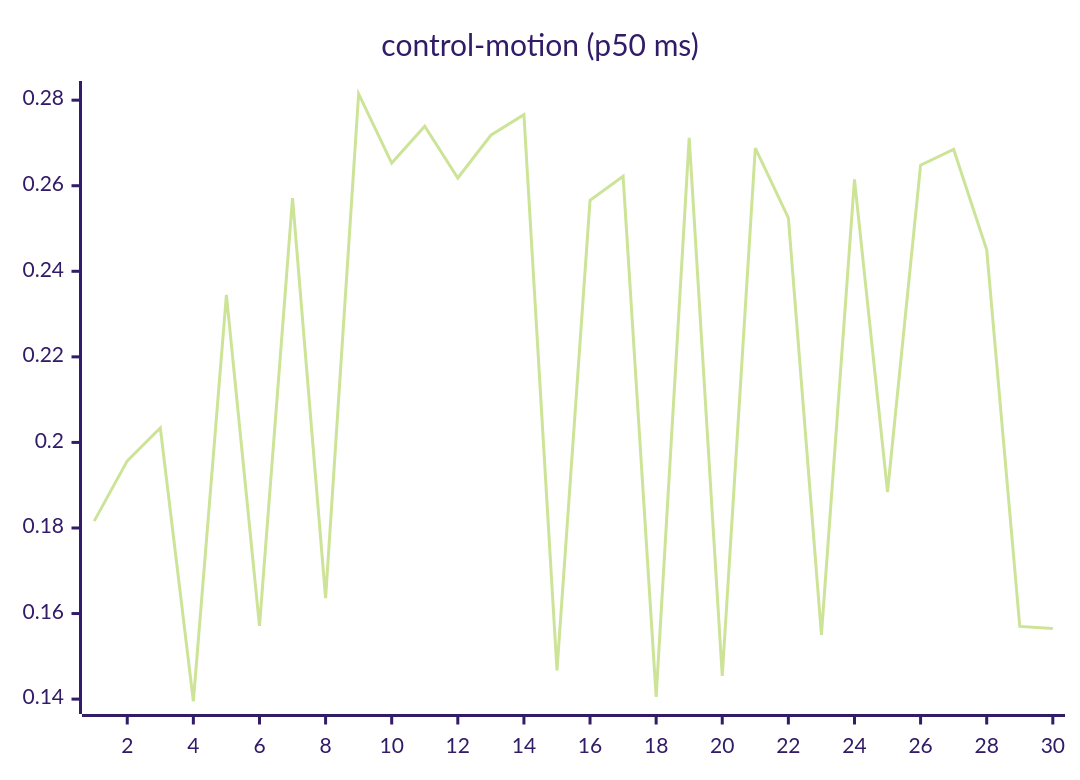
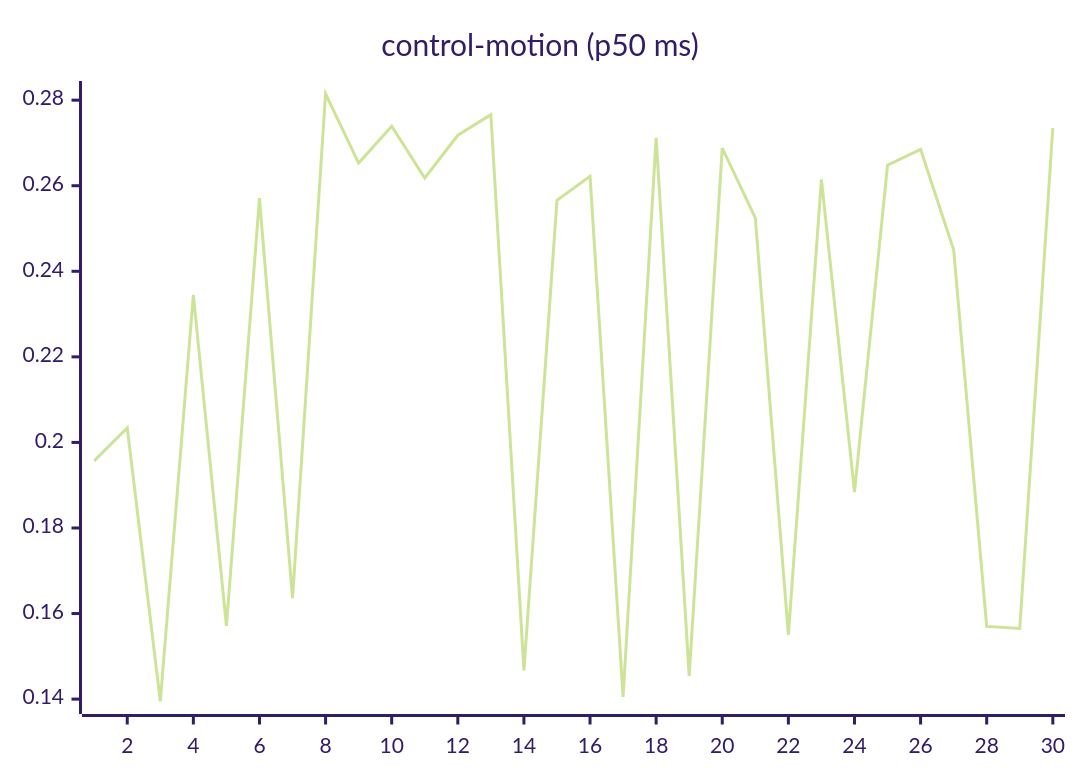
Before and after one commit to josha/Facet: the seventh of 27 diagrams in README.md, drawn with Mermaid (forest theme). The commit also changed other lines of this file and 2 other files, not shown here.

````diff
--- a/README.md
+++ b/README.md
@@ -105,6 +105,6 @@
 ```mermaid
 xychart-beta
     title "control-motion (p50 ms)"
     x-axis 1 --> 30
-    line [0.1816, 0.1957, 0.2034, 0.1395, 0.2345, 0.1571, 0.2571, 0.1636, 0.2815, 0.2653, 0.2739, 0.2618, 0.2718, 0.2766, 0.1467, 0.2566, 0.2622, 0.1405, 0.2712, 0.1454, 0.2688, 0.2525, 0.1550, 0.2615, 0.1884, 0.2648, 0.2685, 0.2450, 0.1570, 0.1565]
+    line [0.1957, 0.2034, 0.1395, 0.2345, 0.1571, 0.2571, 0.1636, 0.2815, 0.2653, 0.2739, 0.2618, 0.2718, 0.2766, 0.1467, 0.2566, 0.2622, 0.1405, 0.2712, 0.1454, 0.2688, 0.2525, 0.1550, 0.2615, 0.1884, 0.2648, 0.2685, 0.2450, 0.1570, 0.1565, 0.2735]
 ```
````
